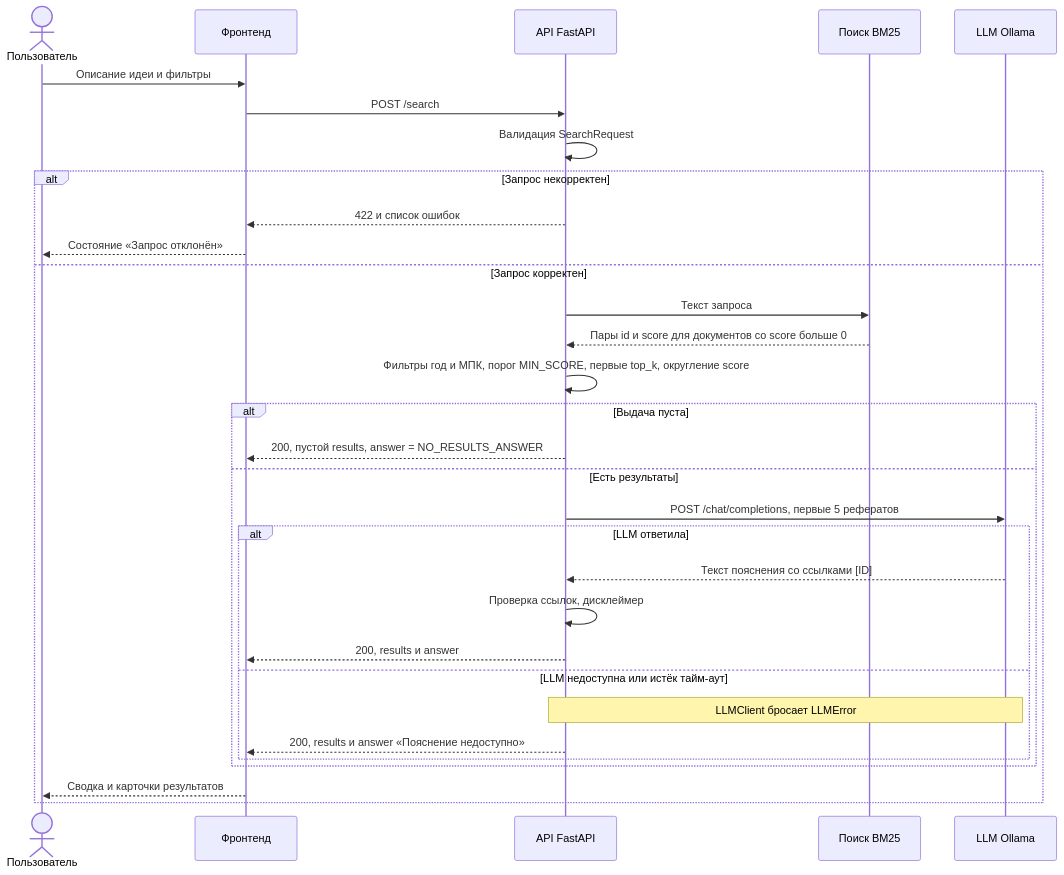
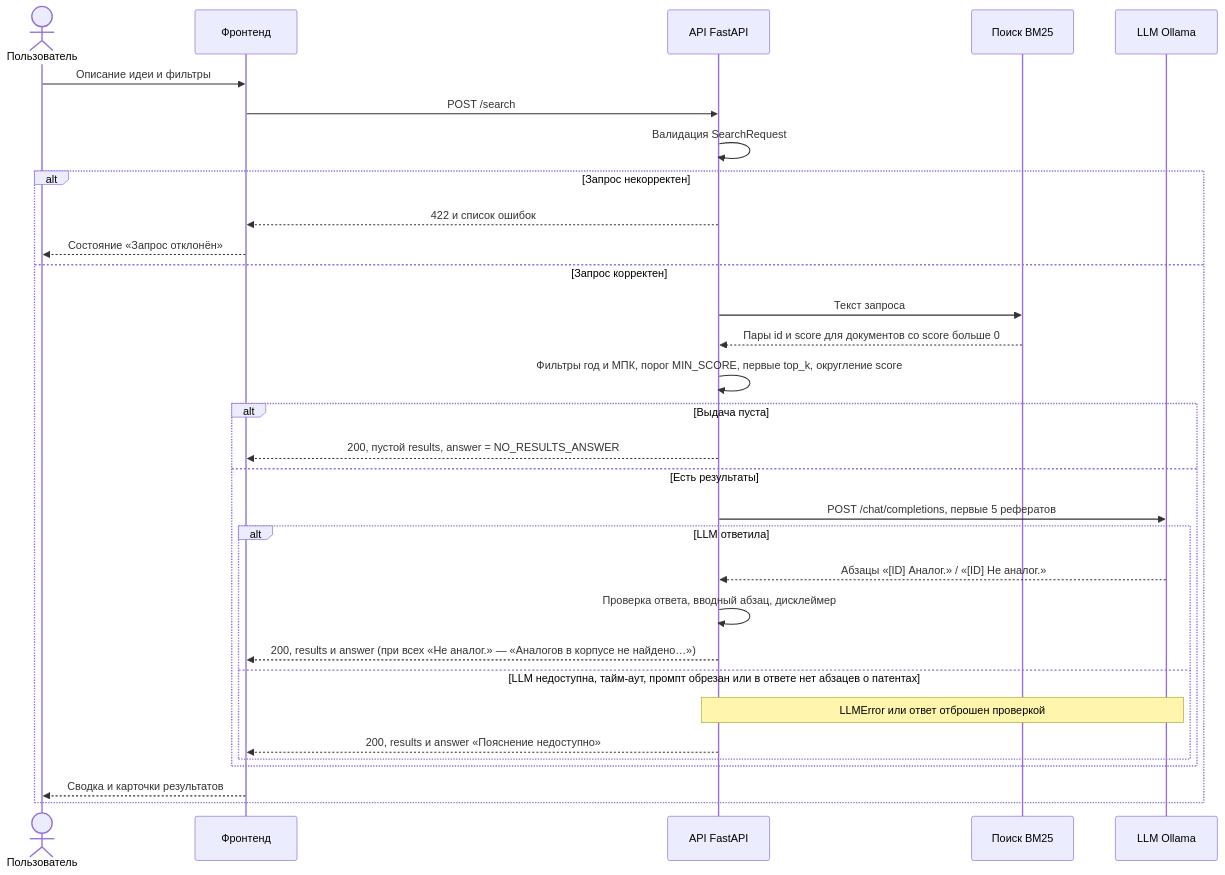
One commit to itisneutro/patent-radar changed the second of 2 diagrams in spec/tech/architecture.md. Above: the diagram before and after it, drawn with Mermaid. The commit also changed other lines of this file and 15 other files, not shown here.

Commit message:
feat(api): POST /search на BM25 и LLM, проверка ответа, выбор модели и окна контекста (КТ2)

````diff
--- a/spec/tech/architecture.md
+++ b/spec/tech/architecture.md
@@ -110,34 +121,34 @@
 ```mermaid
 sequenceDiagram
     actor U as Пользователь
     participant F as Фронтенд
     participant A as API FastAPI
     participant S as Поиск BM25
     participant L as LLM Ollama
 
     U->>F: Описание идеи и фильтры
     F->>A: POST /search
     A->>A: Валидация SearchRequest
     alt Запрос некорректен
         A-->>F: 422 и список ошибок
         F-->>U: Состояние «Запрос отклонён»
     else Запрос корректен
         A->>S: Текст запроса
         S-->>A: Пары id и score для документов со score больше 0
         A->>A: Фильтры год и МПК, порог MIN_SCORE, первые top_k, округление score
         alt Выдача пуста
             A-->>F: 200, пустой results, answer = NO_RESULTS_ANSWER
         else Есть результаты
             A->>L: POST /chat/completions, первые 5 рефератов
             alt LLM ответила
-                L-->>A: Текст пояснения со ссылками [ID]
-                A->>A: Проверка ссылок, дисклеймер
-                A-->>F: 200, results и answer
-            else LLM недоступна или истёк тайм-аут
-                Note over A,L: LLMClient бросает LLMError
+                L-->>A: Абзацы «[ID] Аналог.» / «[ID] Не аналог.»
+                A->>A: Проверка ответа, вводный абзац, дисклеймер
+                A-->>F: 200, results и answer (при всех «Не аналог.» — «Аналогов в корпусе не найдено…»)
+            else LLM недоступна, тайм-аут, промпт обрезан или в ответе нет абзацев о патентах
+                Note over A,L: LLMError или ответ отброшен проверкой
                 A-->>F: 200, results и answer «Пояснение недоступно»
             end
         end
         F-->>U: Сводка и карточки результатов
     end
 ```
````
